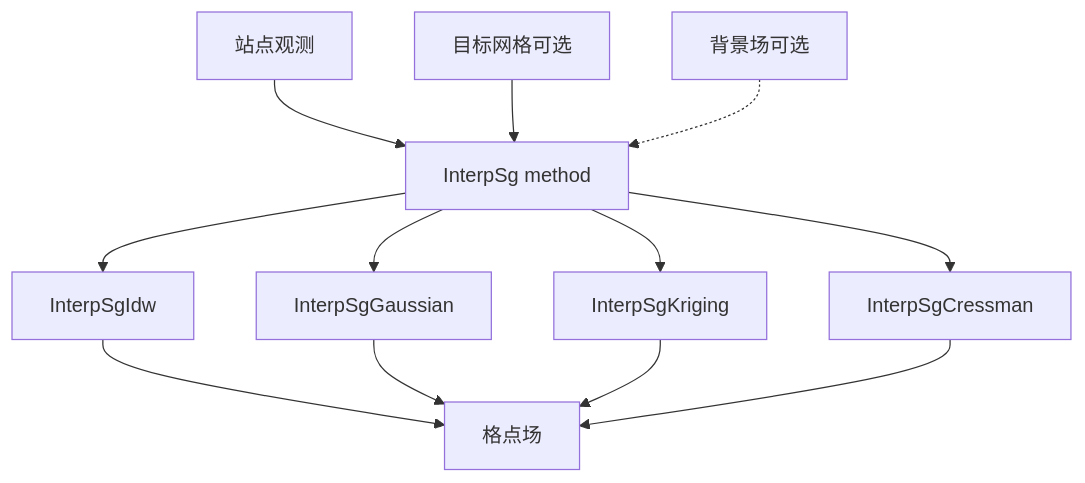
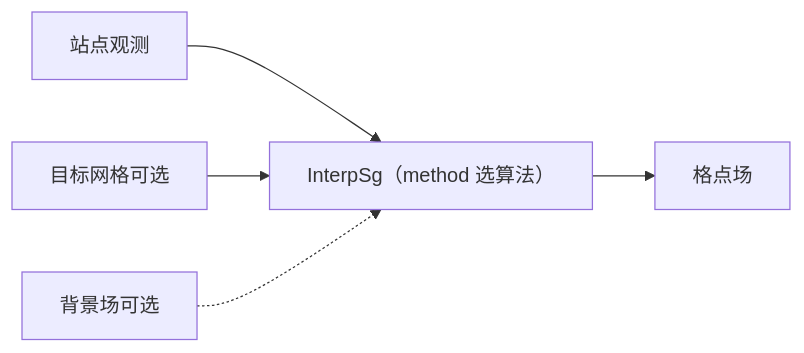
Before and after one commit to HerADCalciummilk/test: the diagram in 00temp/interpolation_station_grid/resource/showdoc_demo/plugin_page.md, drawn with Mermaid. The commit also changed other lines of this file and 54 other files, not shown here.

````diff
--- a/00temp/interpolation_station_grid/resource/showdoc_demo/plugin_page.md
+++ b/00temp/interpolation_station_grid/resource/showdoc_demo/plugin_page.md
@@ -13,15 +13,7 @@
 ```mermaid
-flowchart TB
-    STA[站点观测] --> FACADE
-    GRID[目标网格可选] --> FACADE
-    BG[背景场可选] -.-> FACADE
-    FACADE[InterpSg method]
-    FACADE --> IDW[InterpSgIdw]
-    FACADE --> GAU[InterpSgGaussian]
-    FACADE --> KR[InterpSgKriging]
-    FACADE --> CR[InterpSgCressman]
-    IDW --> OUT[格点场]
-    GAU --> OUT
-    KR --> OUT
-    CR --> OUT
+flowchart LR
+    STA[站点观测] --> E["InterpSg（method 选算法）"]
+    GRID[目标网格可选] --> E
+    BG[背景场可选] -.-> E
+    E --> OUT[格点场]
 ```
````
